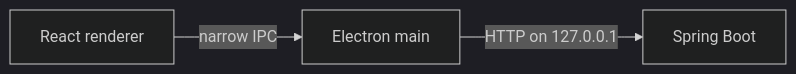
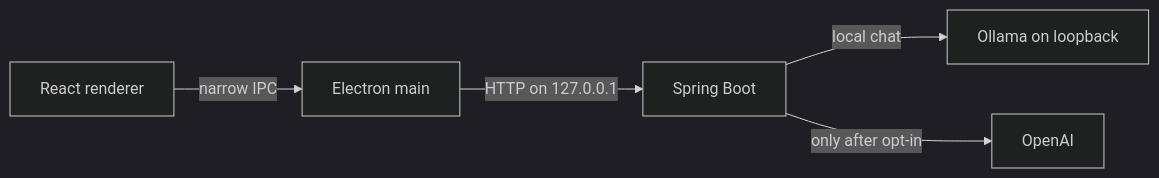
Before and after one commit to Karimajed9/eva: the diagram in docs/architecture.md, drawn with Mermaid (dark theme). The commit also changed other lines of this file and 36 other files, not shown here.

````diff
--- a/docs/architecture.md
+++ b/docs/architecture.md
@@ -5,5 +5,7 @@
 ```mermaid
 flowchart LR
   ui["React renderer"] -->|"narrow IPC"| main["Electron main"]
   main -->|"HTTP on 127.0.0.1"| java["Spring Boot"]
+  java -->|"local chat"| ollama["Ollama on loopback"]
+  java -->|"only after opt-in"| openai["OpenAI"]
 ```
````
